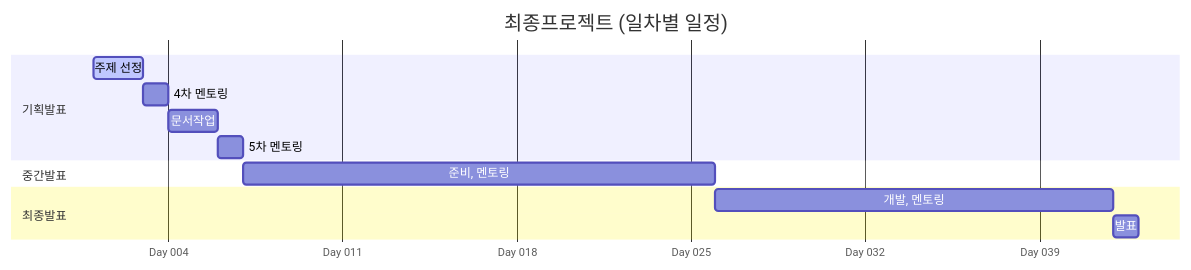
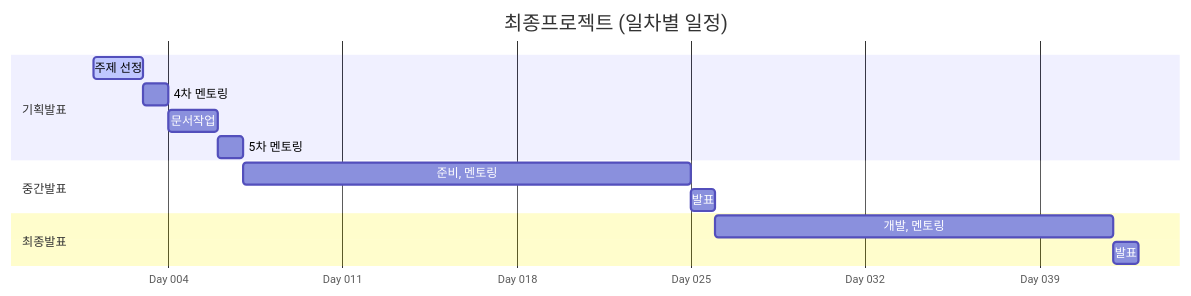
The second of 2 diagrams in profile/README.md (SAJOYO/.github), drawn with Mermaid before and after one commit.

Commit message:
Adjust timeline for 중간발표 and 최종발표 sections

````diff
--- a/profile/README.md
+++ b/profile/README.md
@@ -24,23 +24,24 @@
 ```mermaid
 gantt
     title 최종프로젝트 (일차별 일정)
     dateFormat  YYYY-MM-DD
     
     %% 축을 일수(Day 01, Day 05...) 형태로 표시하고 5일 단위로 눈금을 끕니다
     axisFormat Day %j
     tickInterval 5d
 
     section 기획발표
     주제 선정                : active, a1, 2026-01-01, 2d
     4차 멘토링               : a2, after a1, 1d
     문서작업                 : a3, after a2, 2d
     5차 멘토링               : a4, after a3, 1d
 
     section 중간발표
-    준비, 멘토링             : b1, after a4, 19d
+    준비, 멘토링             : b1, after a4, 18d
+    발표                   : b2, after b1, 1d
 
     section 최종발표
-    개발, 멘토링             : c1, after b1, 16d
+    개발, 멘토링             : c1, after b2, 16d
     발표                   : c2, after c1, 1d
 
 ```
````
